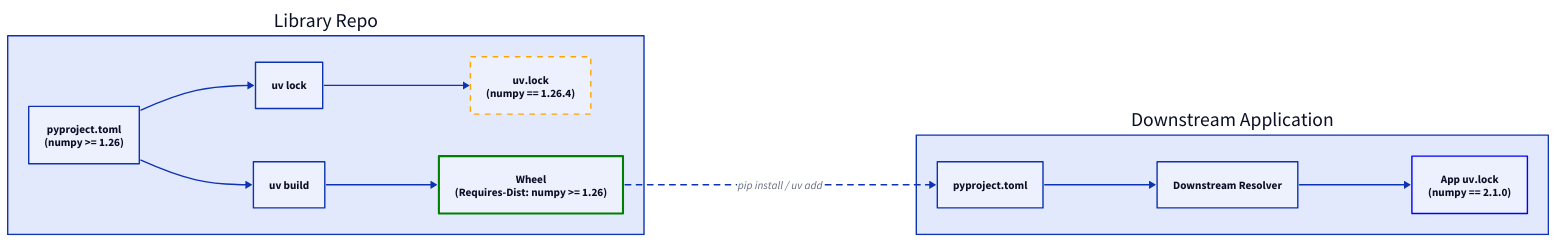
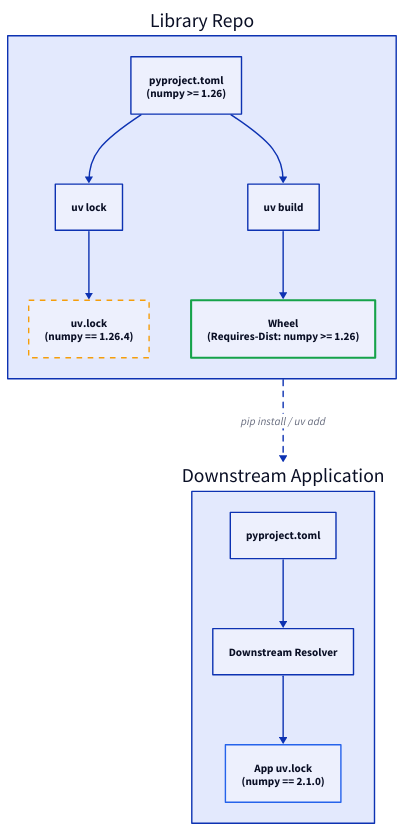
The diagram in images/python-library-dependency-model/downstream-resolution-flow.d2 (111qqz/111qqz.github.io), drawn with D2 before and after one commit. The commit also changed 23 other files, not shown here.

Commit message:
feat(diagrams): 重构 12 张过宽配图为纵向/分阶段布局，修正 D2 作用域并按需使用 TALA 111qqz/hugo-blog@0072b7b41add818594301a5db81fbe83de0efd16

```diff
--- a/images/python-library-dependency-model/downstream-resolution-flow.d2
+++ b/images/python-library-dependency-model/downstream-resolution-flow.d2
@@ -1,33 +1,35 @@
-direction: right
+direction: down
 
 "Library Repo": {
+  direction: right
   P1: "pyproject.toml\n(numpy >= 1.26)"
   R1: "uv lock"
   L1: "uv.lock\n(numpy == 1.26.4)"
   B1: "uv build"
   W1: "Wheel\n(Requires-Dist: numpy >= 1.26)"
 
   P1 -> R1 -> L1
   P1 -> B1 -> W1
 
-  L1.style.stroke: orange
+  L1.style.stroke: "#f59e0b"
   L1.style.stroke-dash: 4
-  
-  W1.style.stroke: green
+
+  W1.style.stroke: "#16a34a"
   W1.style.stroke-width: 3
   W1.style.bold: true
 }
 
 "Downstream Application": {
+  direction: right
   P2: "pyproject.toml"
   R2: "Downstream Resolver"
   L2: "App uv.lock\n(numpy == 2.1.0)"
 
   P2 -> R2 -> L2
-  
-  L2.style.stroke: blue
+
+  L2.style.stroke: "#2563eb"
 }
 
-"Library Repo".W1 -> "Downstream Application".P2: "pip install / uv add" {
+"Library Repo" -> "Downstream Application": "pip install / uv add" {
   style.stroke-dash: 4
 }
```
